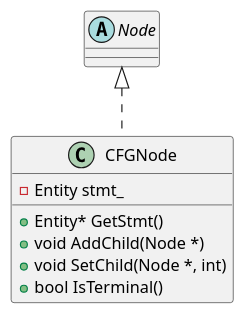
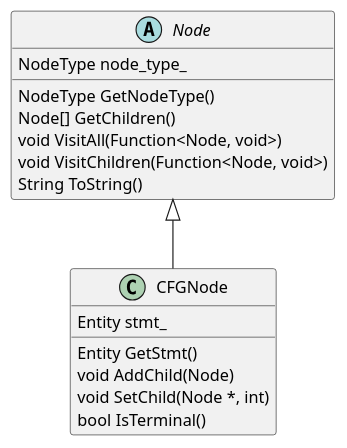
The diagram in docs/diagrams/SPCFGNodeClassDiagram.puml (mazx4960/static-analyzer), drawn with PlantUML before and after one commit. The commit also changed 48 other files, not shown here.

```diff
--- a/docs/diagrams/SPCFGNodeClassDiagram.puml
+++ b/docs/diagrams/SPCFGNodeClassDiagram.puml
@@ -1,14 +1,22 @@
 @startuml
 
-abstract class Node
-class CFGNode {
-    -Entity stmt_
-    +Entity* GetStmt()
-    +void AddChild(Node *)
-    +void SetChild(Node *, int)
-    +bool IsTerminal()
+abstract class Node {
+    NodeType node_type_
+    NodeType GetNodeType()
+    Node[] GetChildren()
+    void VisitAll(Function<Node, void>)
+    void VisitChildren(Function<Node, void>)
+    String ToString()
 }
 
-CFGNode .up.|> Node
+class CFGNode {
+    Entity stmt_
+    Entity GetStmt()
+    void AddChild(Node)
+    void SetChild(Node *, int)
+    bool IsTerminal()
+}
+
+Node <|-down- CFGNode
 
 @enduml
```
